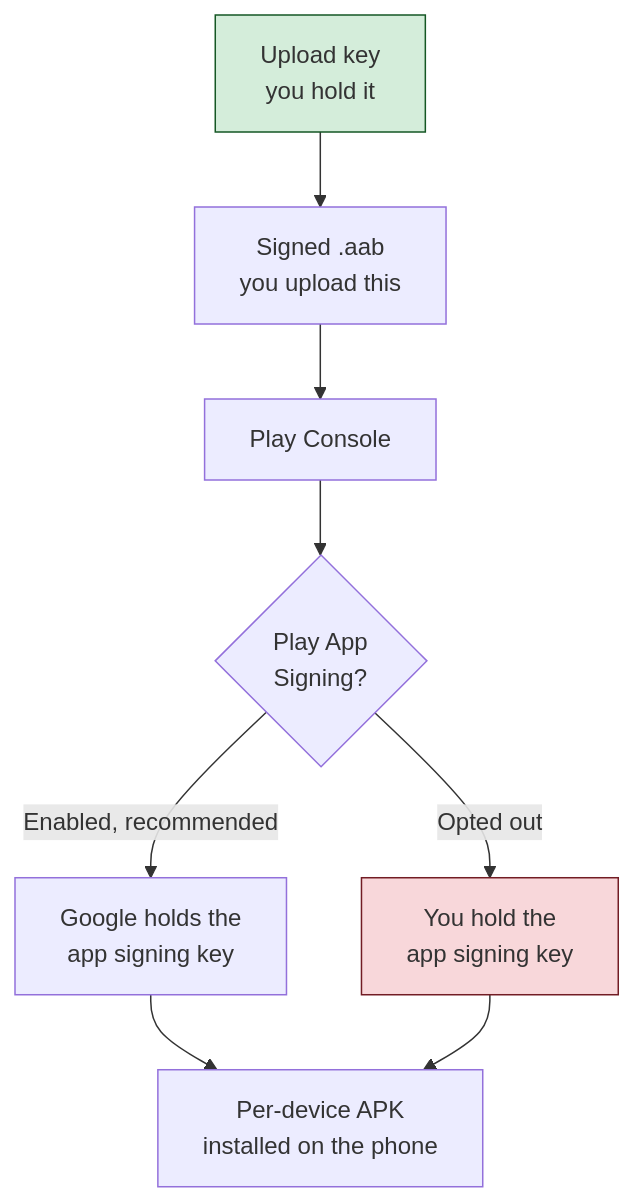
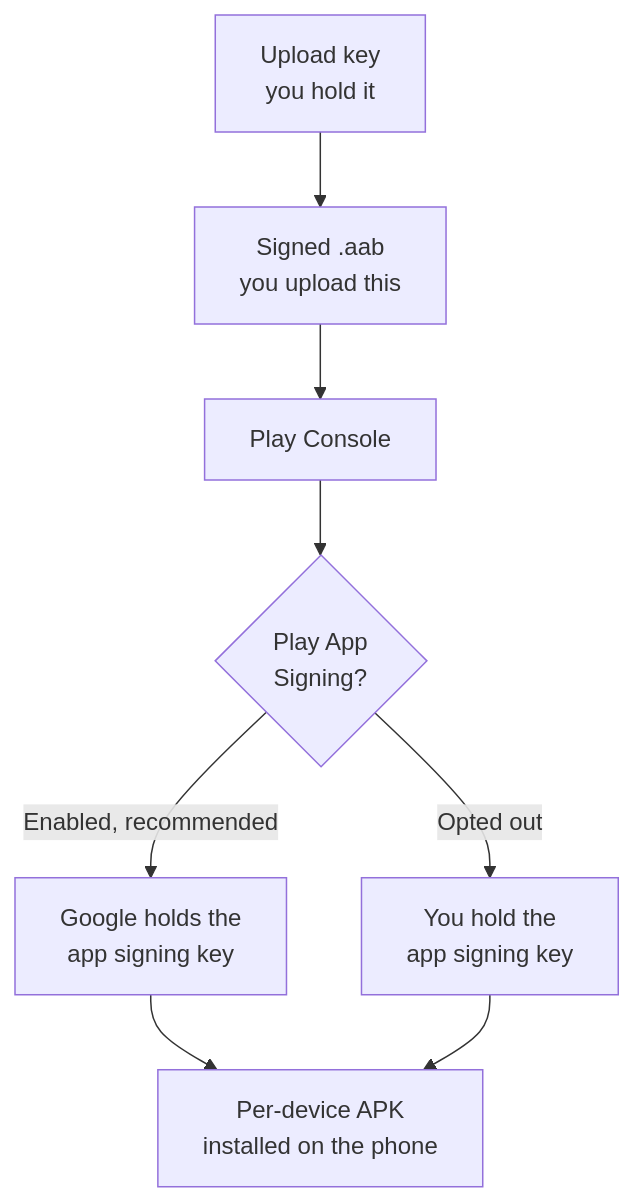
The diagram in platforms/android/README.md (brijeshspatel/csharp-project-005-dotnet-maui-app-distribution), drawn with Mermaid before and after one commit. The commit also changed other lines of this file and 24 other files, not shown here.

````diff
--- a/platforms/android/README.md
+++ b/platforms/android/README.md
@@ -69,25 +29,10 @@
 ```mermaid
-
 flowchart TD
-
     UK[Upload key<br/>you hold it] --> AAB[Signed .aab<br/>you upload this]
-
     AAB --> PC[Play Console]
-
     PC --> PAS{Play App<br/>Signing?}
-
     PAS -->|Enabled, recommended| GK[Google holds the<br/>app signing key]
-
     PAS -->|Opted out| YK[You hold the<br/>app signing key]
-
     GK --> APK[Per-device APK<br/>installed on the phone]
-
     YK --> APK
-
-
-
-    style UK fill:#d4edda,stroke:#155724
-
-    style YK fill:#f8d7da,stroke:#721c24
-
 ```
````
